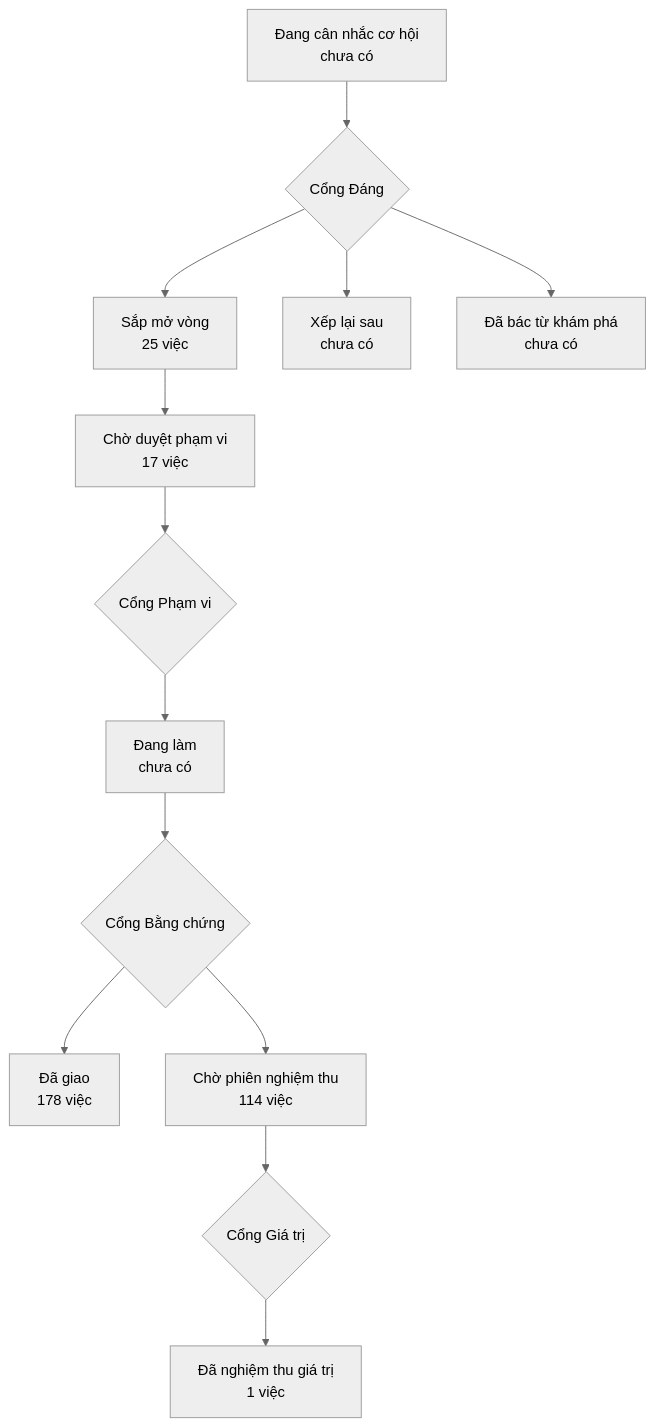
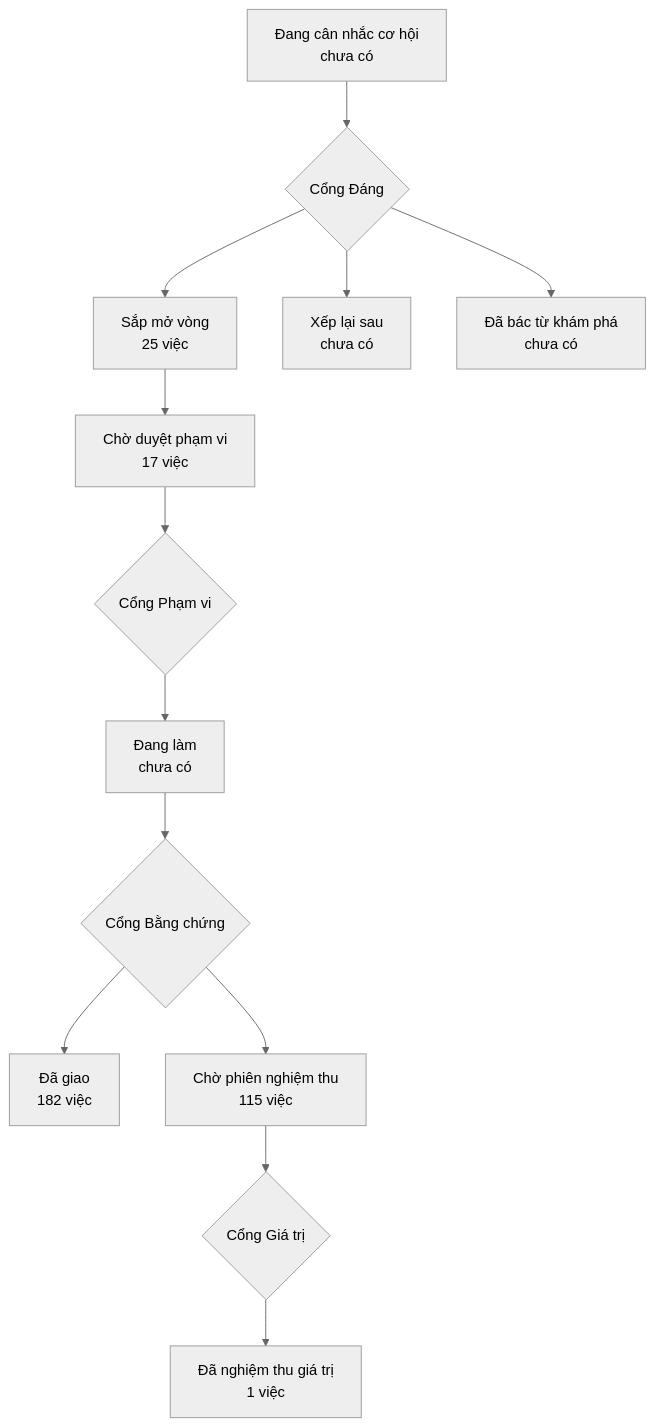
Before and after one commit to phanlemanh/onehub-invest: the diagram in PRODUCT-MAP.md, drawn with Mermaid (neutral theme). The commit also changed other lines of this file and 1 other file, not shown here.

````diff
--- a/PRODUCT-MAP.md
+++ b/PRODUCT-MAP.md
@@ -7,12 +7,12 @@
 ```mermaid
 flowchart TD
   A["Đang cân nhắc cơ hội<br/>chưa có"] --> GD{"Cổng Đáng"}
   GD --> B["Sắp mở vòng<br/>25 việc"]
   GD --> XL["Xếp lại sau<br/>chưa có"]
   GD --> DB["Đã bác từ khám phá<br/>chưa có"]
   B --> CD["Chờ duyệt phạm vi<br/>17 việc"] --> GP{"Cổng Phạm vi"}
   GP --> DL["Đang làm<br/>chưa có"] --> GB{"Cổng Bằng chứng"}
-  GB --> DG["Đã giao<br/>178 việc"]
-  GB --> CN["Chờ phiên nghiệm thu<br/>114 việc"] --> GG{"Cổng Giá trị"}
+  GB --> DG["Đã giao<br/>182 việc"]
+  GB --> CN["Chờ phiên nghiệm thu<br/>115 việc"] --> GG{"Cổng Giá trị"}
   GG --> NT["Đã nghiệm thu giá trị<br/>1 việc"]
 ```
````
